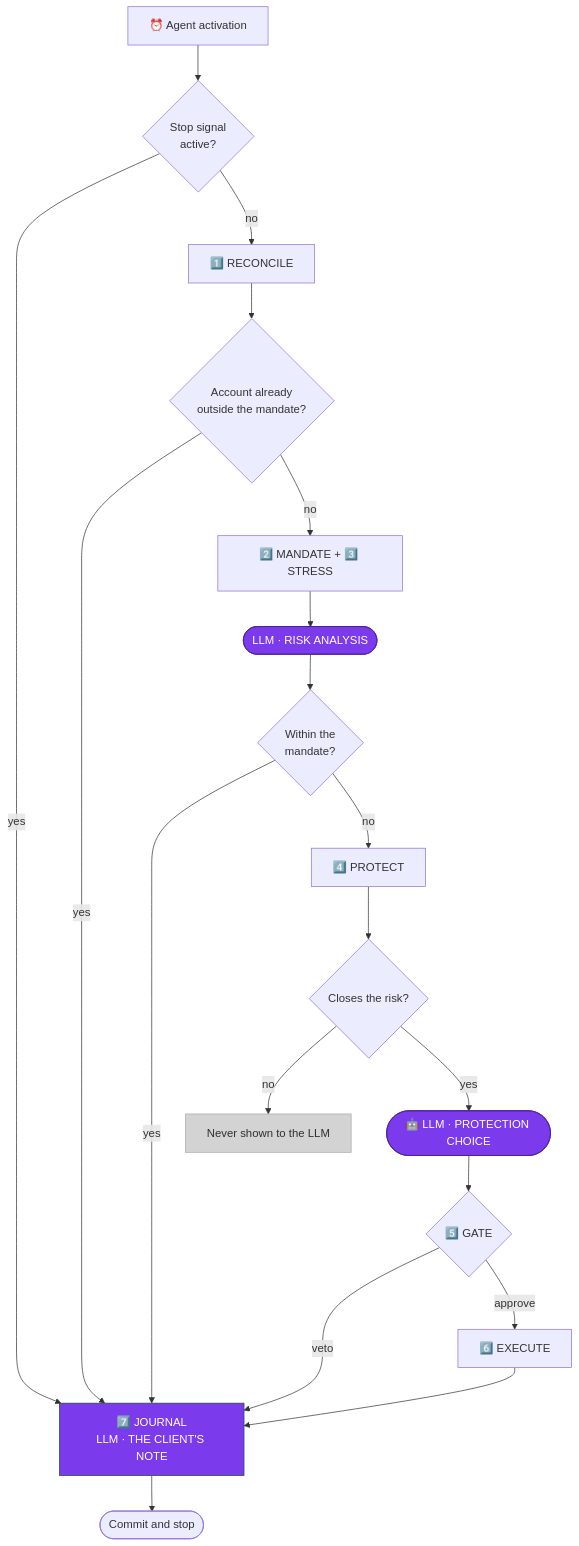
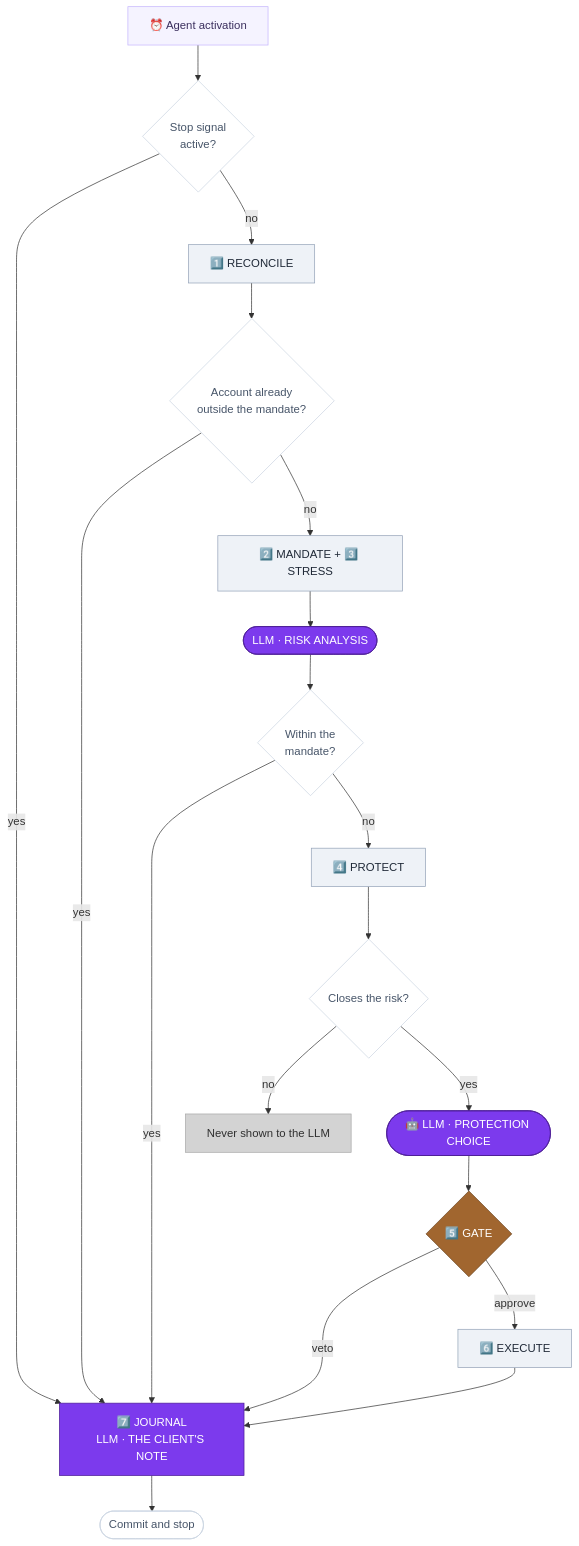
The diagram in README.md (ol1ak5/Drawdown-Guard), drawn with Mermaid before and after one commit.

Commit message:
README: one violet family across the loop diagram
Eleven of the fifteen nodes were unstyled, so they rendered in mermaid's
default grey -- which read as a mistake next to three purple boxes and a
deliberately grey one. They now carry a near-paper violet, leaving the
saturated purple to mean one thing: this is where a language model
speaks. Grey is left to mean the opposite, the candidates it never sees.

````diff
--- a/README.md
+++ b/README.md
@@ -71,35 +71,55 @@
 ```mermaid
 flowchart TD
     CRON["⏰ Agent activation"] --> HALT{Stop signal<br/>active?}
     HALT -- yes --> JOURNAL
     HALT -- no --> RECONCILE
 
     RECONCILE["1️⃣ RECONCILE"] --> KILL{Account already<br/>outside the mandate?}
     KILL -- yes --> JOURNAL
     KILL -- no --> MANDATE
 
     MANDATE["2️⃣ MANDATE + 3️⃣ STRESS"] --> LLM1
     LLM1(["LLM · RISK ANALYSIS"]) --> GAP{Within the<br/>mandate?}
 
     GAP -- yes --> JOURNAL
     GAP -- no --> PROTECT
 
     PROTECT["4️⃣ PROTECT"] --> ELIGIBLE{Closes the risk?}
     ELIGIBLE -- no --> DROP[Never shown to the LLM]
     ELIGIBLE -- yes --> LLM2
 
     LLM2(["🤖 LLM · PROTECTION CHOICE"]) --> GATE
 
     GATE{"5️⃣ GATE"}
     GATE -- veto --> JOURNAL
     GATE -- approve --> EXECUTE
 
     EXECUTE["6️⃣ EXECUTE"] --> JOURNAL
 
     JOURNAL["7️⃣ JOURNAL<br/>LLM · THE CLIENT'S NOTE"] --> END([Commit and stop])
 
+    style CRON fill:#f5f3ff,stroke:#c4b5fd,color:#3b2f5e
+    style RECONCILE fill:#eef2f7,stroke:#94a3b8,color:#1f2937
+    style MANDATE fill:#eef2f7,stroke:#94a3b8,color:#1f2937
+    style PROTECT fill:#eef2f7,stroke:#94a3b8,color:#1f2937
+    style EXECUTE fill:#eef2f7,stroke:#94a3b8,color:#1f2937
+
+    style HALT fill:#fff,stroke:#cbd5e1,color:#475569
+    style KILL fill:#fff,stroke:#cbd5e1,color:#475569
+    style GAP fill:#fff,stroke:#cbd5e1,color:#475569
+    style ELIGIBLE fill:#fff,stroke:#cbd5e1,color:#475569
+
     style LLM1 fill:#7c3aed,stroke:#4c1d95,color:#fff
     style LLM2 fill:#7c3aed,stroke:#4c1d95,color:#fff
-    style JOURNAL fill:#7c3aed,stroke:#134e4a,color:#fff
+
+    style GATE fill:#a1662f,stroke:#6b4420,color:#fff
+    style JOURNAL fill:#3f4756,stroke:#252b36,color:#fff
+    style DROP fill:#d3d3d3,stroke:#a9a9a9,color:#2f2f2f
+    style END fill:#fff,stroke:#cbd5e1,color:#475569
+
+
+    style LLM1 fill:#7c3aed,stroke:#4c1d95,color:#fff
+    style LLM2 fill:#7c3aed,stroke:#4c1d95,color:#fff
+    style JOURNAL fill:#7c3aed,stroke:#4c1d95,color:#fff
     style DROP fill:#d3d3d3,stroke:#a9a9a9,color:#2f2f2f
 ```
````
